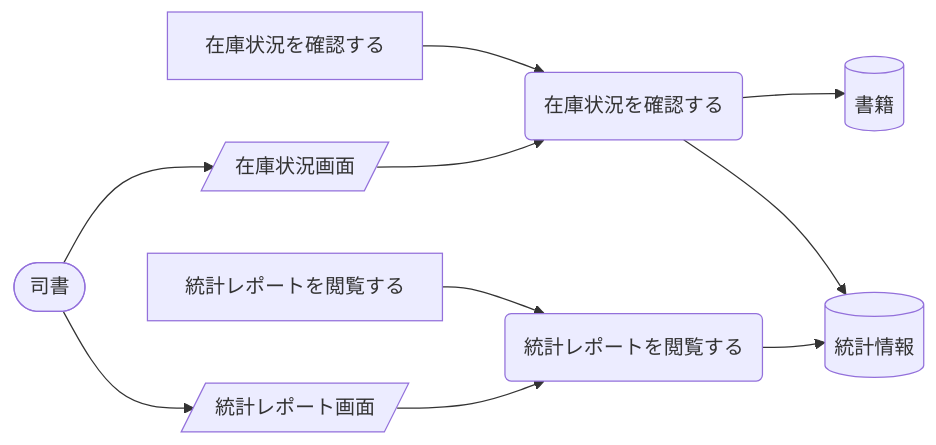
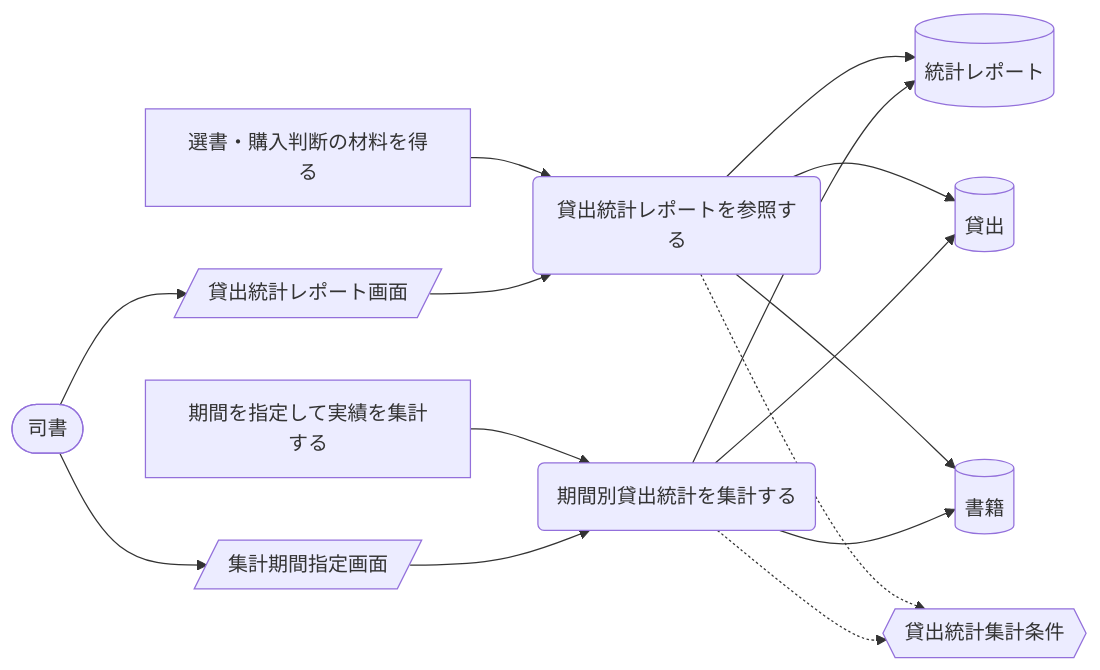
Before and after one commit to suwa-sh/suwa-sh-claude-plugins: diagram 13 of 13 in samples/distillery/pipeline/rdra/latest/views/04_UC複合図.md, drawn with Mermaid. The commit also changed other lines of this file and 1723 other files, not shown here.

````diff
--- a/samples/distillery/pipeline/rdra/latest/views/04_UC複合図.md
+++ b/samples/distillery/pipeline/rdra/latest/views/04_UC複合図.md
@@ -268,21 +672,28 @@
 ```mermaid
 graph LR
-  UC1("在庫状況を確認する")
-  AT1["在庫状況を確認する"]
-  IF1[("書籍")]
-  IF2[("統計情報")]
-  SC1[/"在庫状況画面"/]
+  UC1("貸出統計レポートを参照する")
+  AT1["選書・購入判断の材料を得る"]
+  IF1[("統計レポート")]
+  IF2[("貸出")]
+  IF3[("書籍")]
+  CD1{{"貸出統計集計条件"}}
+  SC1[/"貸出統計レポート画面"/]
   AC1(["司書"])
-  UC2("統計レポートを閲覧する")
-  AT2["統計レポートを閲覧する"]
-  SC2[/"統計レポート画面"/]
+  UC2("期間別貸出統計を集計する")
+  AT2["期間を指定して実績を集計する"]
+  SC2[/"集計期間指定画面"/]
   AT1 --> UC1
   UC1 --> IF1
   UC1 --> IF2
+  UC1 --> IF3
+  UC1 -.-> CD1
   AC1 --> SC1
   SC1 --> UC1
   AT2 --> UC2
+  UC2 --> IF1
   UC2 --> IF2
+  UC2 --> IF3
+  UC2 -.-> CD1
   AC1 --> SC2
   SC2 --> UC2
 ```
````
